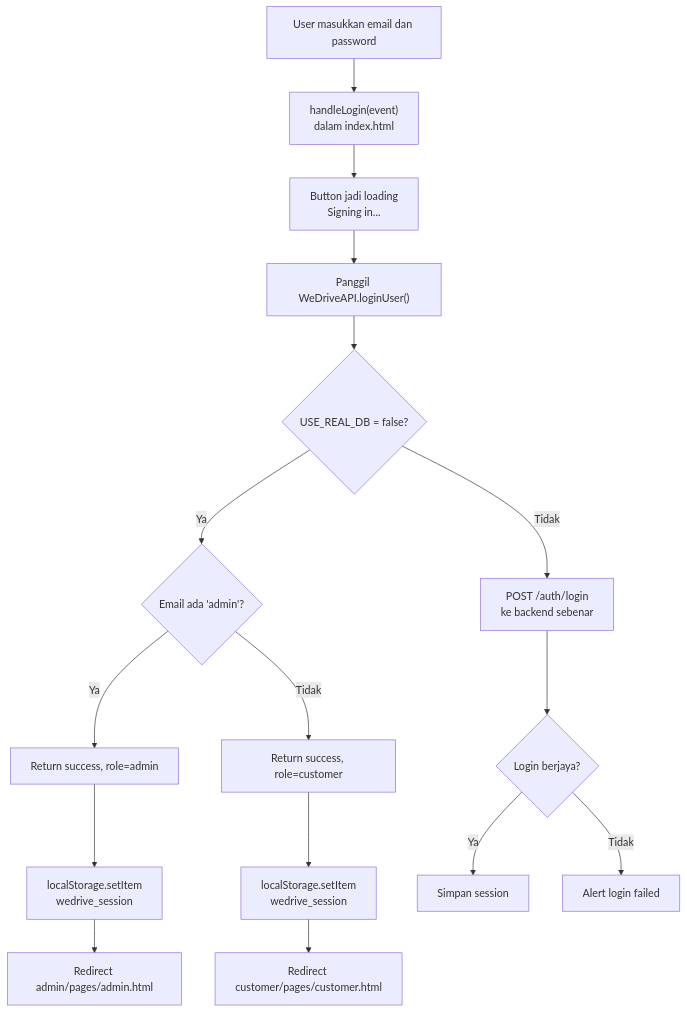
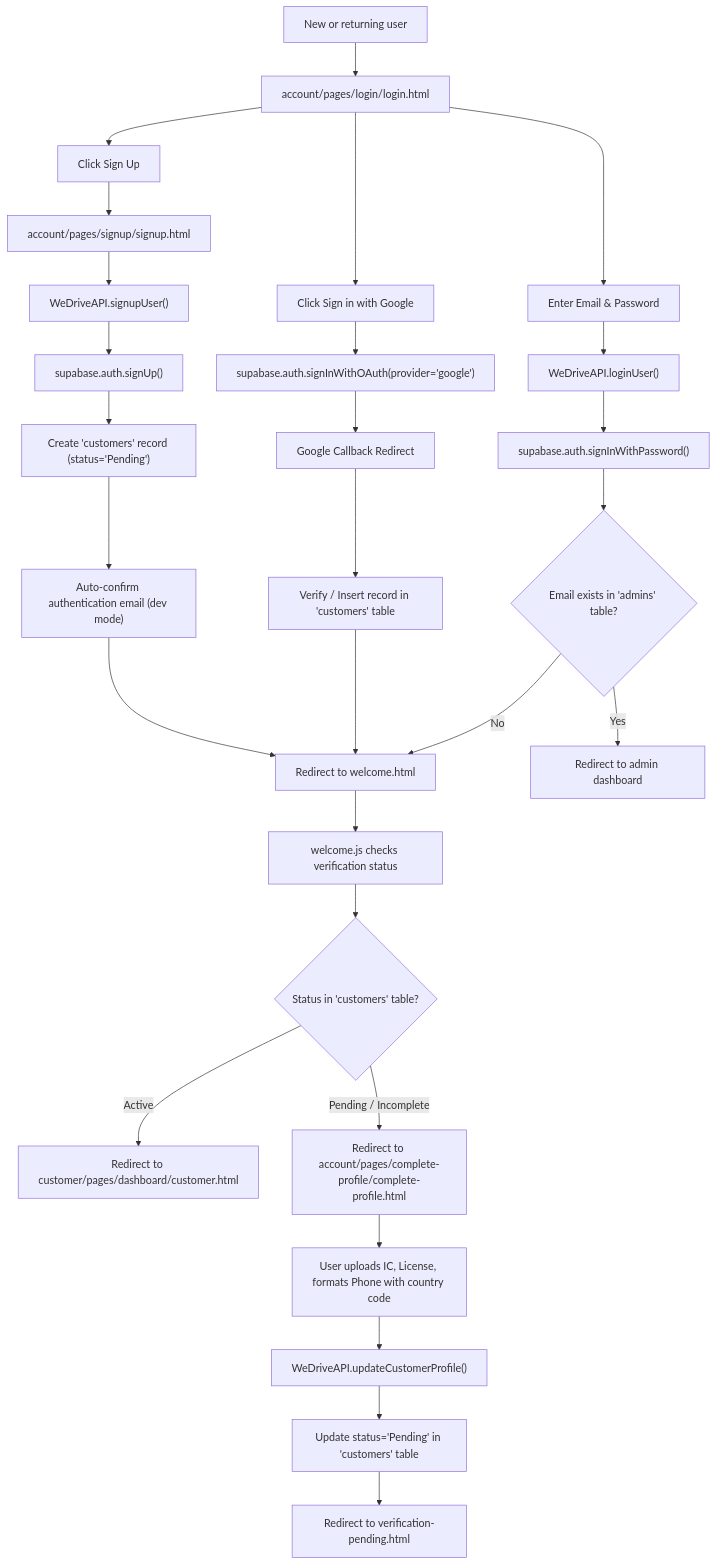
The second of 5 diagrams in docs/FULL_SYSTEM_FLOWCHART.md (hdanial211/WeDRIVE), drawn with Mermaid before and after one commit. The commit also changed other lines of this file and 1 other file, not shown here.

Commit message:
8.4.1 Update system flowchart to reflect active Supabase integration

````diff
--- a/docs/FULL_SYSTEM_FLOWCHART.md
+++ b/docs/FULL_SYSTEM_FLOWCHART.md
@@ -74,23 +43,38 @@
 ```mermaid
 flowchart TD
-    USER["User masukkan email dan password"] --> HANDLE_LOGIN["handleLogin(event)<br/>dalam index.html"]
-    HANDLE_LOGIN --> DISABLE_BTN["Button jadi loading<br/>Signing in..."]
-    DISABLE_BTN --> CALL_API["Panggil WeDriveAPI.loginUser()"]
+    USER["New or returning user"] --> ENTRY["account/pages/login/login.html"]
+    
+    ENTRY --> EMAIL_SIGNUP["Click Sign Up"]
+    ENTRY --> EMAIL_LOGIN["Enter Email & Password"]
+    ENTRY --> GOOGLE_LOGIN["Click Sign in with Google"]
 
-    CALL_API --> USE_DUMMY{"USE_REAL_DB = false?"}
-    USE_DUMMY -->|Ya| CHECK_EMAIL{"Email ada 'admin'?"}
-    USE_DUMMY -->|Tidak| REAL_LOGIN["POST /auth/login<br/>ke backend sebenar"]
+    EMAIL_SIGNUP --> SIGNUP_UI["account/pages/signup/signup.html"]
+    SIGNUP_UI --> CALL_SIGNUP["WeDriveAPI.signupUser()"]
+    CALL_SIGNUP --> SUPABASE_SIGNUP["supabase.auth.signUp()"]
+    SUPABASE_SIGNUP --> CREATE_CUST_RECORD["Create 'customers' record (status='Pending')"]
+    CREATE_CUST_RECORD --> AUTO_CONFIRM["Auto-confirm authentication email (dev mode)"]
+    AUTO_CONFIRM --> REDIRECT_WELCOME["Redirect to welcome.html"]
 
-    CHECK_EMAIL -->|Ya| ADMIN_ROLE["Return success, role=admin"]
-    CHECK_EMAIL -->|Tidak| CUSTOMER_ROLE["Return success, role=customer"]
+    GOOGLE_LOGIN --> SUPABASE_OAUTH["supabase.auth.signInWithOAuth(provider='google')"]
+    SUPABASE_OAUTH --> OAUTH_CALLBACK["Google Callback Redirect"]
+    OAUTH_CALLBACK --> CREATE_OAUTH_CUST["Verify / Insert record in 'customers' table"]
+    CREATE_OAUTH_CUST --> REDIRECT_WELCOME
 
-    ADMIN_ROLE --> SAVE_ADMIN["localStorage.setItem<br/>wedrive_session"]
-    CUSTOMER_ROLE --> SAVE_CUSTOMER["localStorage.setItem<br/>wedrive_session"]
+    EMAIL_LOGIN --> CALL_LOGIN["WeDriveAPI.loginUser()"]
+    CALL_LOGIN --> SUPABASE_LOGIN["supabase.auth.signInWithPassword()"]
+    SUPABASE_LOGIN --> LOGIN_CHECK_ADMIN{"Email exists in 'admins' table?"}
+    
+    LOGIN_CHECK_ADMIN -->|Yes| REDIRECT_ADMIN["Redirect to admin dashboard"]
+    LOGIN_CHECK_ADMIN -->|No| REDIRECT_WELCOME
 
-    SAVE_ADMIN --> GO_ADMIN["Redirect admin/pages/admin.html"]
-    SAVE_CUSTOMER --> GO_CUSTOMER["Redirect customer/pages/customer.html"]
+    REDIRECT_WELCOME --> WELCOME_JS["welcome.js checks verification status"]
+    WELCOME_JS --> STATUS_CHECK{"Status in 'customers' table?"}
 
-    REAL_LOGIN --> REAL_RESULT{"Login berjaya?"}
-    REAL_RESULT -->|Ya| SAVE_REAL_SESSION["Simpan session"]
-    REAL_RESULT -->|Tidak| LOGIN_FAILED["Alert login failed"]
+    STATUS_CHECK -->|Active| GO_CUST_DASH["Redirect to customer/pages/dashboard/customer.html"]
+    STATUS_CHECK -->|Pending / Incomplete| GO_COMPLETE["Redirect to account/pages/complete-profile/complete-profile.html"]
+
+    GO_COMPLETE --> UPLOAD_VERIFICATION["User uploads IC, License, formats Phone with country code"]
+    UPLOAD_VERIFICATION --> SAVE_PROFILE["WeDriveAPI.updateCustomerProfile()"]
+    SAVE_PROFILE --> UPDATE_DB_PENDING["Update status='Pending' in 'customers' table"]
+    UPDATE_DB_PENDING --> GO_PENDING_PAGE["Redirect to verification-pending.html"]
 ```
````
